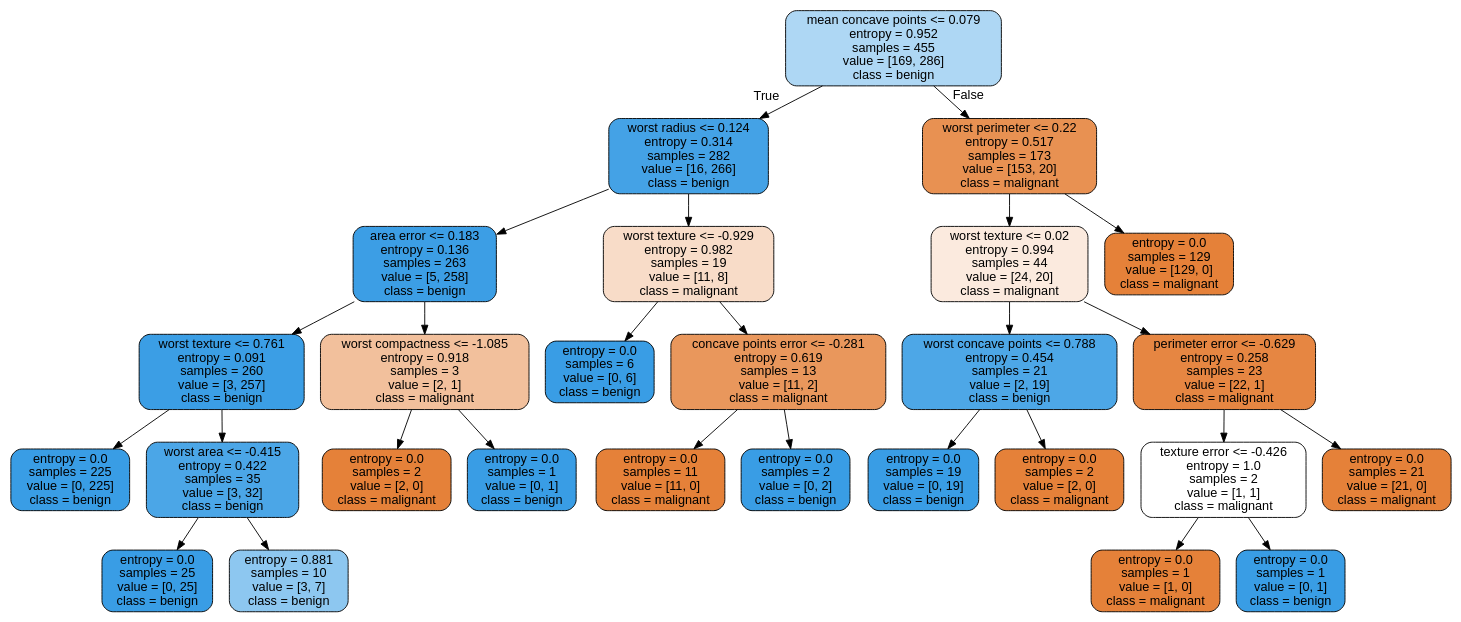
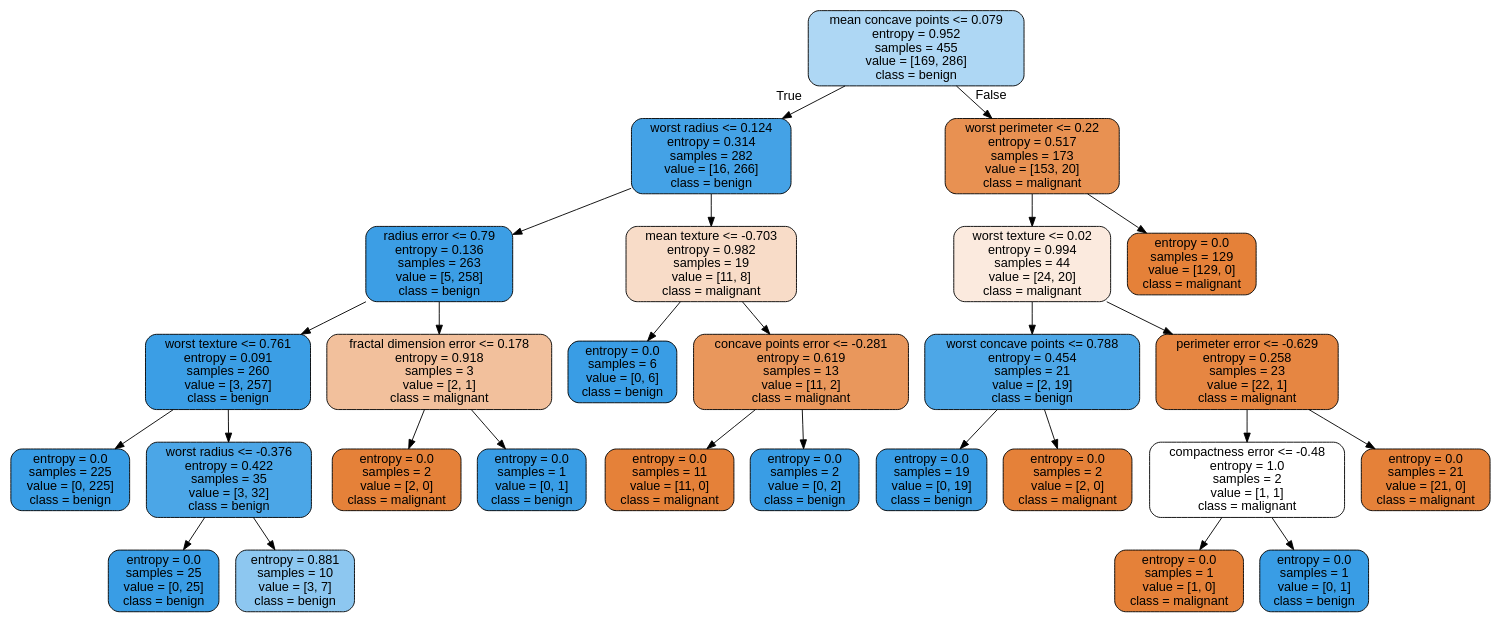
The diagram in tree_breast_cancer.dot (ahadimuhsin/credit-card-fraud-detection), drawn with Graphviz before and after one commit. The commit also changed 35 other files, not shown here.

```diff
--- a/tree_breast_cancer.dot
+++ b/tree_breast_cancer.dot
@@ -1,57 +1,57 @@
 digraph Tree {
 node [shape=box, style="filled, rounded", color="black", fontname=helvetica] ;
 edge [fontname=helvetica] ;
 0 [label="mean concave points <= 0.079\nentropy = 0.952\nsamples = 455\nvalue = [169, 286]\nclass = benign", fillcolor="#399de568"] ;
 1 [label="worst radius <= 0.124\nentropy = 0.314\nsamples = 282\nvalue = [16, 266]\nclass = benign", fillcolor="#399de5f0"] ;
 0 -> 1 [labeldistance=2.5, labelangle=45, headlabel="True"] ;
-2 [label="area error <= 0.183\nentropy = 0.136\nsamples = 263\nvalue = [5, 258]\nclass = benign", fillcolor="#399de5fa"] ;
+2 [label="radius error <= 0.79\nentropy = 0.136\nsamples = 263\nvalue = [5, 258]\nclass = benign", fillcolor="#399de5fa"] ;
 1 -> 2 ;
 3 [label="worst texture <= 0.761\nentropy = 0.091\nsamples = 260\nvalue = [3, 257]\nclass = benign", fillcolor="#399de5fc"] ;
 2 -> 3 ;
 4 [label="entropy = 0.0\nsamples = 225\nvalue = [0, 225]\nclass = benign", fillcolor="#399de5ff"] ;
 3 -> 4 ;
-5 [label="worst area <= -0.415\nentropy = 0.422\nsamples = 35\nvalue = [3, 32]\nclass = benign", fillcolor="#399de5e7"] ;
+5 [label="worst radius <= -0.376\nentropy = 0.422\nsamples = 35\nvalue = [3, 32]\nclass = benign", fillcolor="#399de5e7"] ;
 3 -> 5 ;
 6 [label="entropy = 0.0\nsamples = 25\nvalue = [0, 25]\nclass = benign", fillcolor="#399de5ff"] ;
 5 -> 6 ;
 7 [label="entropy = 0.881\nsamples = 10\nvalue = [3, 7]\nclass = benign", fillcolor="#399de592"] ;
 5 -> 7 ;
-8 [label="worst compactness <= -1.085\nentropy = 0.918\nsamples = 3\nvalue = [2, 1]\nclass = malignant", fillcolor="#e581397f"] ;
+8 [label="fractal dimension error <= 0.178\nentropy = 0.918\nsamples = 3\nvalue = [2, 1]\nclass = malignant", fillcolor="#e581397f"] ;
 2 -> 8 ;
 9 [label="entropy = 0.0\nsamples = 2\nvalue = [2, 0]\nclass = malignant", fillcolor="#e58139ff"] ;
 8 -> 9 ;
 10 [label="entropy = 0.0\nsamples = 1\nvalue = [0, 1]\nclass = benign", fillcolor="#399de5ff"] ;
 8 -> 10 ;
-11 [label="worst texture <= -0.929\nentropy = 0.982\nsamples = 19\nvalue = [11, 8]\nclass = malignant", fillcolor="#e5813946"] ;
+11 [label="mean texture <= -0.703\nentropy = 0.982\nsamples = 19\nvalue = [11, 8]\nclass = malignant", fillcolor="#e5813946"] ;
 1 -> 11 ;
 12 [label="entropy = 0.0\nsamples = 6\nvalue = [0, 6]\nclass = benign", fillcolor="#399de5ff"] ;
 11 -> 12 ;
 13 [label="concave points error <= -0.281\nentropy = 0.619\nsamples = 13\nvalue = [11, 2]\nclass = malignant", fillcolor="#e58139d1"] ;
 11 -> 13 ;
 14 [label="entropy = 0.0\nsamples = 11\nvalue = [11, 0]\nclass = malignant", fillcolor="#e58139ff"] ;
 13 -> 14 ;
 15 [label="entropy = 0.0\nsamples = 2\nvalue = [0, 2]\nclass = benign", fillcolor="#399de5ff"] ;
 13 -> 15 ;
 16 [label="worst perimeter <= 0.22\nentropy = 0.517\nsamples = 173\nvalue = [153, 20]\nclass = malignant", fillcolor="#e58139de"] ;
 0 -> 16 [labeldistance=2.5, labelangle=-45, headlabel="False"] ;
 17 [label="worst texture <= 0.02\nentropy = 0.994\nsamples = 44\nvalue = [24, 20]\nclass = malignant", fillcolor="#e581392a"] ;
 16 -> 17 ;
 18 [label="worst concave points <= 0.788\nentropy = 0.454\nsamples = 21\nvalue = [2, 19]\nclass = benign", fillcolor="#399de5e4"] ;
 17 -> 18 ;
 19 [label="entropy = 0.0\nsamples = 19\nvalue = [0, 19]\nclass = benign", fillcolor="#399de5ff"] ;
 18 -> 19 ;
 20 [label="entropy = 0.0\nsamples = 2\nvalue = [2, 0]\nclass = malignant", fillcolor="#e58139ff"] ;
 18 -> 20 ;
 21 [label="perimeter error <= -0.629\nentropy = 0.258\nsamples = 23\nvalue = [22, 1]\nclass = malignant", fillcolor="#e58139f3"] ;
 17 -> 21 ;
-22 [label="texture error <= -0.426\nentropy = 1.0\nsamples = 2\nvalue = [1, 1]\nclass = malignant", fillcolor="#e5813900"] ;
+22 [label="compactness error <= -0.48\nentropy = 1.0\nsamples = 2\nvalue = [1, 1]\nclass = malignant", fillcolor="#e5813900"] ;
 21 -> 22 ;
 23 [label="entropy = 0.0\nsamples = 1\nvalue = [1, 0]\nclass = malignant", fillcolor="#e58139ff"] ;
 22 -> 23 ;
 24 [label="entropy = 0.0\nsamples = 1\nvalue = [0, 1]\nclass = benign", fillcolor="#399de5ff"] ;
 22 -> 24 ;
 25 [label="entropy = 0.0\nsamples = 21\nvalue = [21, 0]\nclass = malignant", fillcolor="#e58139ff"] ;
 21 -> 25 ;
 26 [label="entropy = 0.0\nsamples = 129\nvalue = [129, 0]\nclass = malignant", fillcolor="#e58139ff"] ;
 16 -> 26 ;
 }
```
